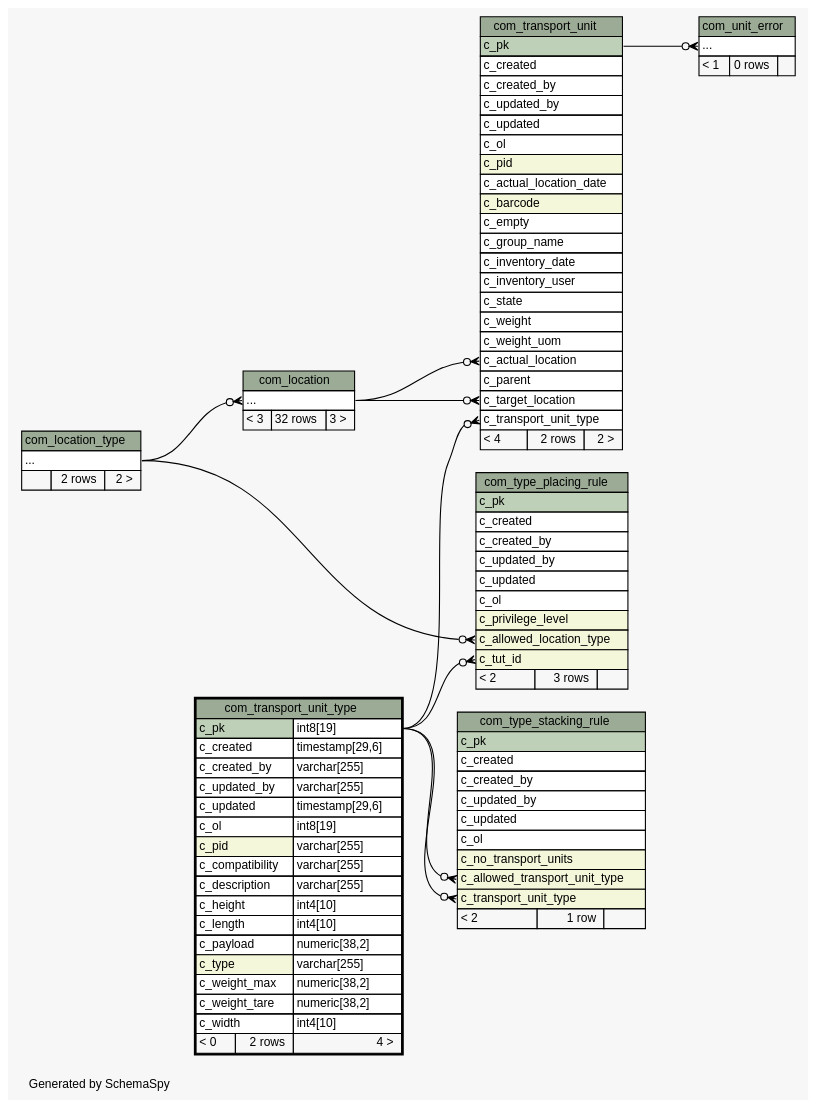
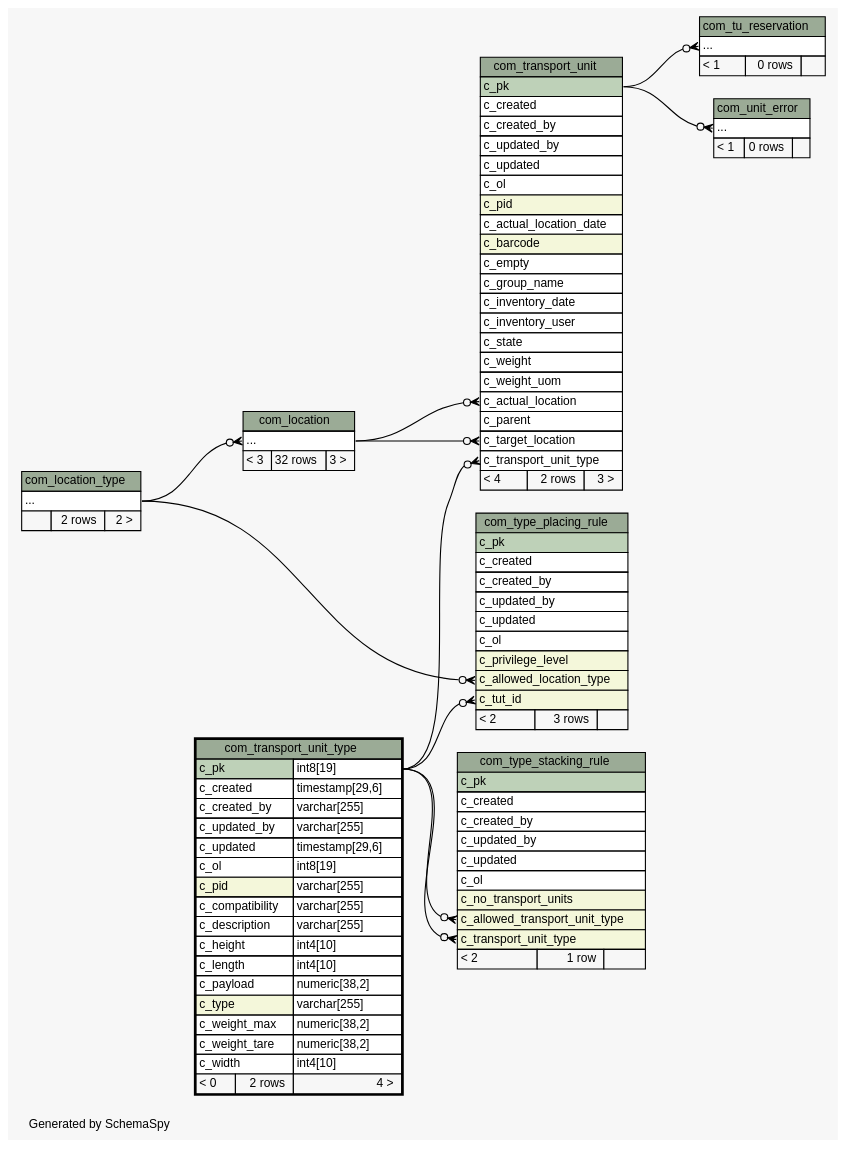
Before and after one commit to openwms/org.openwms.common.service.lib: the diagram in 3.0.0-SNAPSHOT/schemaspy/diagrams/com_transport_unit_type.2degrees.dot, drawn with Graphviz. The commit also changed 802 other files, not shown here.

```diff
--- a/3.0.0-SNAPSHOT/schemaspy/diagrams/com_transport_unit_type.2degrees.dot
+++ b/3.0.0-SNAPSHOT/schemaspy/diagrams/com_transport_unit_type.2degrees.dot
@@ -1,151 +1,162 @@
 // dot 2.43.0 on Linux 6.5.0-1025-azure
 // SchemaSpy rev Unknown
 digraph "twoDegreesRelationshipsDiagram" {
   graph [
     rankdir="RL"
     bgcolor="#f7f7f7"
     label="\nGenerated by SchemaSpy"
     labeljust="l"
     nodesep="0.18"
     ranksep="0.46"
     fontname="Helvetica"
     fontsize="11"
   ];
   node [
     fontname="Helvetica"
     fontsize="11"
     shape="plaintext"
   ];
   edge [
     arrowsize="0.8"
   ];
   "com_location":"elipses":w -> "com_location_type":"elipses":e [arrowhead=none dir=back arrowtail=crowodot];
   "com_transport_unit":"c_actual_location":w -> "com_location":"elipses":e [arrowhead=none dir=back arrowtail=crowodot];
   "com_transport_unit":"c_target_location":w -> "com_location":"elipses":e [arrowhead=none dir=back arrowtail=crowodot];
   "com_transport_unit":"c_transport_unit_type":w -> "com_transport_unit_type":"c_pk.type":e [arrowhead=none dir=back arrowtail=crowodot];
+  "com_tu_reservation":"elipses":w -> "com_transport_unit":"c_pk":e [arrowhead=none dir=back arrowtail=crowodot];
   "com_type_placing_rule":"c_allowed_location_type":w -> "com_location_type":"elipses":e [arrowhead=none dir=back arrowtail=crowodot];
   "com_type_placing_rule":"c_tut_id":w -> "com_transport_unit_type":"c_pk.type":e [arrowhead=none dir=back arrowtail=crowodot];
   "com_type_stacking_rule":"c_allowed_transport_unit_type":w -> "com_transport_unit_type":"c_pk.type":e [arrowhead=none dir=back arrowtail=crowodot];
   "com_type_stacking_rule":"c_transport_unit_type":w -> "com_transport_unit_type":"c_pk.type":e [arrowhead=none dir=back arrowtail=crowodot];
   "com_unit_error":"elipses":w -> "com_transport_unit":"c_pk":e [arrowhead=none dir=back arrowtail=crowodot];
   "com_location" [
     label=<
     <TABLE BORDER="0" CELLBORDER="1" CELLSPACING="0" BGCOLOR="#ffffff">
       <TR><TD COLSPAN="3" BGCOLOR="#9bab96" ALIGN="CENTER">com_location</TD></TR>
       <TR><TD PORT="elipses" COLSPAN="3" ALIGN="LEFT">...</TD></TR>
       <TR><TD ALIGN="LEFT" BGCOLOR="#f7f7f7">&lt; 3</TD><TD ALIGN="RIGHT" BGCOLOR="#f7f7f7">32 rows</TD><TD ALIGN="RIGHT" BGCOLOR="#f7f7f7">3 &gt;</TD></TR>
     </TABLE>>
     URL="com_location.html"
     tooltip="com_location"
   ];
   "com_location_type" [
     label=<
     <TABLE BORDER="0" CELLBORDER="1" CELLSPACING="0" BGCOLOR="#ffffff">
       <TR><TD COLSPAN="3" BGCOLOR="#9bab96" ALIGN="CENTER">com_location_type</TD></TR>
       <TR><TD PORT="elipses" COLSPAN="3" ALIGN="LEFT">...</TD></TR>
       <TR><TD ALIGN="LEFT" BGCOLOR="#f7f7f7">  </TD><TD ALIGN="RIGHT" BGCOLOR="#f7f7f7">2 rows</TD><TD ALIGN="RIGHT" BGCOLOR="#f7f7f7">2 &gt;</TD></TR>
     </TABLE>>
     URL="com_location_type.html"
     tooltip="com_location_type"
   ];
   "com_transport_unit" [
     label=<
     <TABLE BORDER="0" CELLBORDER="1" CELLSPACING="0" BGCOLOR="#ffffff">
       <TR><TD COLSPAN="3" BGCOLOR="#9bab96" ALIGN="CENTER">com_transport_unit</TD></TR>
       <TR><TD PORT="c_pk" COLSPAN="3" BGCOLOR="#bed1b8" ALIGN="LEFT">c_pk</TD></TR>
       <TR><TD PORT="c_created" COLSPAN="3" ALIGN="LEFT">c_created</TD></TR>
       <TR><TD PORT="c_created_by" COLSPAN="3" ALIGN="LEFT">c_created_by</TD></TR>
       <TR><TD PORT="c_updated_by" COLSPAN="3" ALIGN="LEFT">c_updated_by</TD></TR>
       <TR><TD PORT="c_updated" COLSPAN="3" ALIGN="LEFT">c_updated</TD></TR>
       <TR><TD PORT="c_ol" COLSPAN="3" ALIGN="LEFT">c_ol</TD></TR>
       <TR><TD PORT="c_pid" COLSPAN="3" BGCOLOR="#f4f7da" ALIGN="LEFT">c_pid</TD></TR>
       <TR><TD PORT="c_actual_location_date" COLSPAN="3" ALIGN="LEFT">c_actual_location_date</TD></TR>
       <TR><TD PORT="c_barcode" COLSPAN="3" BGCOLOR="#f4f7da" ALIGN="LEFT">c_barcode</TD></TR>
       <TR><TD PORT="c_empty" COLSPAN="3" ALIGN="LEFT">c_empty</TD></TR>
       <TR><TD PORT="c_group_name" COLSPAN="3" ALIGN="LEFT">c_group_name</TD></TR>
       <TR><TD PORT="c_inventory_date" COLSPAN="3" ALIGN="LEFT">c_inventory_date</TD></TR>
       <TR><TD PORT="c_inventory_user" COLSPAN="3" ALIGN="LEFT">c_inventory_user</TD></TR>
       <TR><TD PORT="c_state" COLSPAN="3" ALIGN="LEFT">c_state</TD></TR>
       <TR><TD PORT="c_weight" COLSPAN="3" ALIGN="LEFT">c_weight</TD></TR>
       <TR><TD PORT="c_weight_uom" COLSPAN="3" ALIGN="LEFT">c_weight_uom</TD></TR>
       <TR><TD PORT="c_actual_location" COLSPAN="3" ALIGN="LEFT">c_actual_location</TD></TR>
       <TR><TD PORT="c_parent" COLSPAN="3" ALIGN="LEFT">c_parent</TD></TR>
       <TR><TD PORT="c_target_location" COLSPAN="3" ALIGN="LEFT">c_target_location</TD></TR>
       <TR><TD PORT="c_transport_unit_type" COLSPAN="3" ALIGN="LEFT">c_transport_unit_type</TD></TR>
-      <TR><TD ALIGN="LEFT" BGCOLOR="#f7f7f7">&lt; 4</TD><TD ALIGN="RIGHT" BGCOLOR="#f7f7f7">2 rows</TD><TD ALIGN="RIGHT" BGCOLOR="#f7f7f7">2 &gt;</TD></TR>
+      <TR><TD ALIGN="LEFT" BGCOLOR="#f7f7f7">&lt; 4</TD><TD ALIGN="RIGHT" BGCOLOR="#f7f7f7">2 rows</TD><TD ALIGN="RIGHT" BGCOLOR="#f7f7f7">3 &gt;</TD></TR>
     </TABLE>>
     URL="com_transport_unit.html"
     tooltip="com_transport_unit"
   ];
   "com_transport_unit_type" [
     label=<
     <TABLE BORDER="2" CELLBORDER="1" CELLSPACING="0" BGCOLOR="#ffffff">
       <TR><TD COLSPAN="3" BGCOLOR="#9bab96" ALIGN="CENTER">com_transport_unit_type</TD></TR>
       <TR><TD PORT="c_pk" COLSPAN="2" BGCOLOR="#bed1b8" ALIGN="LEFT">c_pk</TD><TD PORT="c_pk.type" ALIGN="LEFT">int8[19]</TD></TR>
       <TR><TD PORT="c_created" COLSPAN="2" ALIGN="LEFT">c_created</TD><TD PORT="c_created.type" ALIGN="LEFT">timestamp[29,6]</TD></TR>
       <TR><TD PORT="c_created_by" COLSPAN="2" ALIGN="LEFT">c_created_by</TD><TD PORT="c_created_by.type" ALIGN="LEFT">varchar[255]</TD></TR>
       <TR><TD PORT="c_updated_by" COLSPAN="2" ALIGN="LEFT">c_updated_by</TD><TD PORT="c_updated_by.type" ALIGN="LEFT">varchar[255]</TD></TR>
       <TR><TD PORT="c_updated" COLSPAN="2" ALIGN="LEFT">c_updated</TD><TD PORT="c_updated.type" ALIGN="LEFT">timestamp[29,6]</TD></TR>
       <TR><TD PORT="c_ol" COLSPAN="2" ALIGN="LEFT">c_ol</TD><TD PORT="c_ol.type" ALIGN="LEFT">int8[19]</TD></TR>
       <TR><TD PORT="c_pid" COLSPAN="2" BGCOLOR="#f4f7da" ALIGN="LEFT">c_pid</TD><TD PORT="c_pid.type" ALIGN="LEFT">varchar[255]</TD></TR>
       <TR><TD PORT="c_compatibility" COLSPAN="2" ALIGN="LEFT">c_compatibility</TD><TD PORT="c_compatibility.type" ALIGN="LEFT">varchar[255]</TD></TR>
       <TR><TD PORT="c_description" COLSPAN="2" ALIGN="LEFT">c_description</TD><TD PORT="c_description.type" ALIGN="LEFT">varchar[255]</TD></TR>
       <TR><TD PORT="c_height" COLSPAN="2" ALIGN="LEFT">c_height</TD><TD PORT="c_height.type" ALIGN="LEFT">int4[10]</TD></TR>
       <TR><TD PORT="c_length" COLSPAN="2" ALIGN="LEFT">c_length</TD><TD PORT="c_length.type" ALIGN="LEFT">int4[10]</TD></TR>
       <TR><TD PORT="c_payload" COLSPAN="2" ALIGN="LEFT">c_payload</TD><TD PORT="c_payload.type" ALIGN="LEFT">numeric[38,2]</TD></TR>
       <TR><TD PORT="c_type" COLSPAN="2" BGCOLOR="#f4f7da" ALIGN="LEFT">c_type</TD><TD PORT="c_type.type" ALIGN="LEFT">varchar[255]</TD></TR>
       <TR><TD PORT="c_weight_max" COLSPAN="2" ALIGN="LEFT">c_weight_max</TD><TD PORT="c_weight_max.type" ALIGN="LEFT">numeric[38,2]</TD></TR>
       <TR><TD PORT="c_weight_tare" COLSPAN="2" ALIGN="LEFT">c_weight_tare</TD><TD PORT="c_weight_tare.type" ALIGN="LEFT">numeric[38,2]</TD></TR>
       <TR><TD PORT="c_width" COLSPAN="2" ALIGN="LEFT">c_width</TD><TD PORT="c_width.type" ALIGN="LEFT">int4[10]</TD></TR>
       <TR><TD ALIGN="LEFT" BGCOLOR="#f7f7f7">&lt; 0</TD><TD ALIGN="RIGHT" BGCOLOR="#f7f7f7">2 rows</TD><TD ALIGN="RIGHT" BGCOLOR="#f7f7f7">4 &gt;</TD></TR>
     </TABLE>>
     URL="com_transport_unit_type.html"
     tooltip="com_transport_unit_type"
+  ];
+  "com_tu_reservation" [
+    label=<
+    <TABLE BORDER="0" CELLBORDER="1" CELLSPACING="0" BGCOLOR="#ffffff">
+      <TR><TD COLSPAN="3" BGCOLOR="#9bab96" ALIGN="CENTER">com_tu_reservation</TD></TR>
+      <TR><TD PORT="elipses" COLSPAN="3" ALIGN="LEFT">...</TD></TR>
+      <TR><TD ALIGN="LEFT" BGCOLOR="#f7f7f7">&lt; 1</TD><TD ALIGN="RIGHT" BGCOLOR="#f7f7f7">0 rows</TD><TD ALIGN="RIGHT" BGCOLOR="#f7f7f7">  </TD></TR>
+    </TABLE>>
+    URL="com_tu_reservation.html"
+    tooltip="com_tu_reservation"
   ];
   "com_type_placing_rule" [
     label=<
     <TABLE BORDER="0" CELLBORDER="1" CELLSPACING="0" BGCOLOR="#ffffff">
       <TR><TD COLSPAN="3" BGCOLOR="#9bab96" ALIGN="CENTER">com_type_placing_rule</TD></TR>
       <TR><TD PORT="c_pk" COLSPAN="3" BGCOLOR="#bed1b8" ALIGN="LEFT">c_pk</TD></TR>
       <TR><TD PORT="c_created" COLSPAN="3" ALIGN="LEFT">c_created</TD></TR>
       <TR><TD PORT="c_created_by" COLSPAN="3" ALIGN="LEFT">c_created_by</TD></TR>
       <TR><TD PORT="c_updated_by" COLSPAN="3" ALIGN="LEFT">c_updated_by</TD></TR>
       <TR><TD PORT="c_updated" COLSPAN="3" ALIGN="LEFT">c_updated</TD></TR>
       <TR><TD PORT="c_ol" COLSPAN="3" ALIGN="LEFT">c_ol</TD></TR>
       <TR><TD PORT="c_privilege_level" COLSPAN="3" BGCOLOR="#f4f7da" ALIGN="LEFT">c_privilege_level</TD></TR>
       <TR><TD PORT="c_allowed_location_type" COLSPAN="3" BGCOLOR="#f4f7da" ALIGN="LEFT">c_allowed_location_type</TD></TR>
       <TR><TD PORT="c_tut_id" COLSPAN="3" BGCOLOR="#f4f7da" ALIGN="LEFT">c_tut_id</TD></TR>
       <TR><TD ALIGN="LEFT" BGCOLOR="#f7f7f7">&lt; 2</TD><TD ALIGN="RIGHT" BGCOLOR="#f7f7f7">3 rows</TD><TD ALIGN="RIGHT" BGCOLOR="#f7f7f7">  </TD></TR>
     </TABLE>>
     URL="com_type_placing_rule.html"
     tooltip="com_type_placing_rule"
   ];
   "com_type_stacking_rule" [
     label=<
     <TABLE BORDER="0" CELLBORDER="1" CELLSPACING="0" BGCOLOR="#ffffff">
       <TR><TD COLSPAN="3" BGCOLOR="#9bab96" ALIGN="CENTER">com_type_stacking_rule</TD></TR>
       <TR><TD PORT="c_pk" COLSPAN="3" BGCOLOR="#bed1b8" ALIGN="LEFT">c_pk</TD></TR>
       <TR><TD PORT="c_created" COLSPAN="3" ALIGN="LEFT">c_created</TD></TR>
       <TR><TD PORT="c_created_by" COLSPAN="3" ALIGN="LEFT">c_created_by</TD></TR>
       <TR><TD PORT="c_updated_by" COLSPAN="3" ALIGN="LEFT">c_updated_by</TD></TR>
       <TR><TD PORT="c_updated" COLSPAN="3" ALIGN="LEFT">c_updated</TD></TR>
       <TR><TD PORT="c_ol" COLSPAN="3" ALIGN="LEFT">c_ol</TD></TR>
       <TR><TD PORT="c_no_transport_units" COLSPAN="3" BGCOLOR="#f4f7da" ALIGN="LEFT">c_no_transport_units</TD></TR>
       <TR><TD PORT="c_allowed_transport_unit_type" COLSPAN="3" BGCOLOR="#f4f7da" ALIGN="LEFT">c_allowed_transport_unit_type</TD></TR>
       <TR><TD PORT="c_transport_unit_type" COLSPAN="3" BGCOLOR="#f4f7da" ALIGN="LEFT">c_transport_unit_type</TD></TR>
       <TR><TD ALIGN="LEFT" BGCOLOR="#f7f7f7">&lt; 2</TD><TD ALIGN="RIGHT" BGCOLOR="#f7f7f7">1 row</TD><TD ALIGN="RIGHT" BGCOLOR="#f7f7f7">  </TD></TR>
     </TABLE>>
     URL="com_type_stacking_rule.html"
     tooltip="com_type_stacking_rule"
   ];
   "com_unit_error" [
     label=<
     <TABLE BORDER="0" CELLBORDER="1" CELLSPACING="0" BGCOLOR="#ffffff">
       <TR><TD COLSPAN="3" BGCOLOR="#9bab96" ALIGN="CENTER">com_unit_error</TD></TR>
       <TR><TD PORT="elipses" COLSPAN="3" ALIGN="LEFT">...</TD></TR>
       <TR><TD ALIGN="LEFT" BGCOLOR="#f7f7f7">&lt; 1</TD><TD ALIGN="RIGHT" BGCOLOR="#f7f7f7">0 rows</TD><TD ALIGN="RIGHT" BGCOLOR="#f7f7f7">  </TD></TR>
     </TABLE>>
     URL="com_unit_error.html"
     tooltip="com_unit_error"
   ];
 }
```
